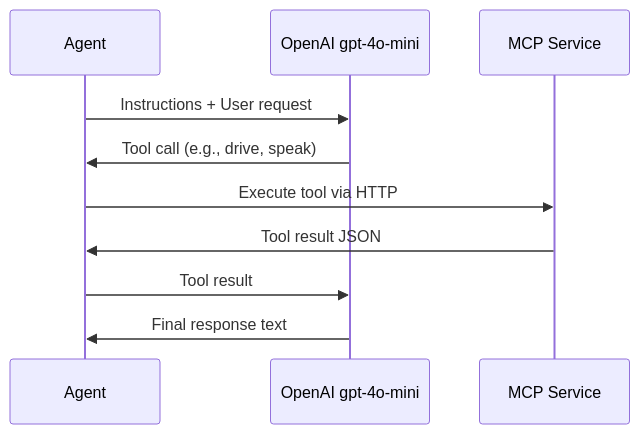
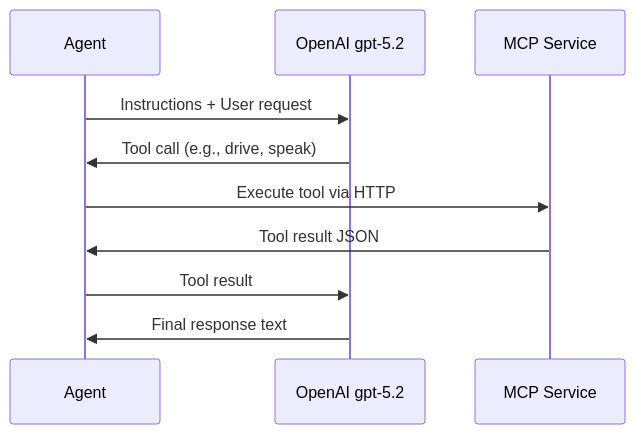
Before and after one commit to SeEngel/pi_rc_bot: diagram 18 of 23 in README.md, drawn with Mermaid. The commit also changed other lines of this file and 1 other file, not shown here.

````diff
--- a/README.md
+++ b/README.md
@@ -635,13 +643,13 @@
 ```mermaid
 sequenceDiagram
     participant A as Agent
-    participant LLM as OpenAI gpt-4o-mini
+    participant LLM as OpenAI gpt-5.2
     participant MCP as MCP Service
 
     A->>LLM: Instructions + User request
     LLM->>A: Tool call (e.g., drive, speak)
     A->>MCP: Execute tool via HTTP
     MCP->>A: Tool result JSON
     A->>LLM: Tool result
     LLM->>A: Final response text
 ```
````
